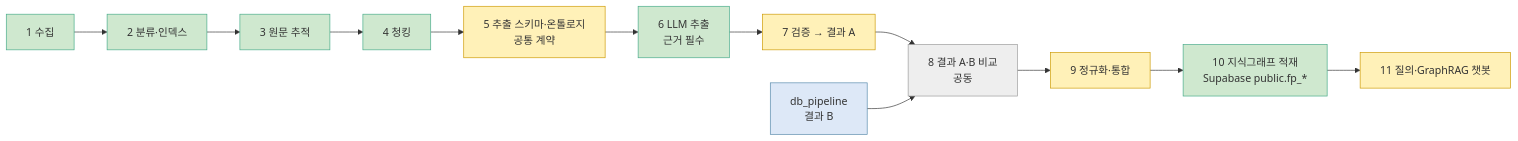
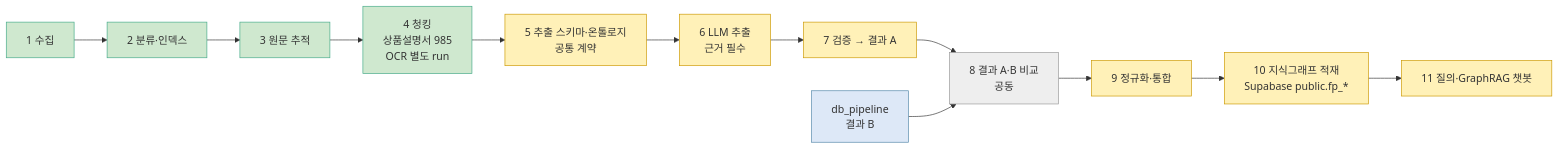
Before and after one commit to encore-ai-campus/mle-02-p2-team3: the second of 3 diagrams in docs/프로젝트-지도.md, drawn with Mermaid. The commit also changed other lines of this file and 2 other files, not shown here.

````diff
--- a/docs/프로젝트-지도.md
+++ b/docs/프로젝트-지도.md
@@ -41,19 +108,19 @@
 ```mermaid
 flowchart LR
-    A[1 수집] --> B[2 분류·인덱스] --> C[3 원문 추적] --> D[4 청킹]
+    A[1 수집] --> B[2 분류·인덱스] --> C[3 원문 추적] --> D[4 청킹<br/>상품설명서 985<br/>OCR 별도 run]
     D --> O[5 추출 스키마·온톨로지<br/>공통 계약]
     O --> E[6 LLM 추출<br/>근거 필수]
     E --> F[7 검증 → 결과 A]
     F --> CMP[8 결과 A·B 비교<br/>공동]
     DBP[db_pipeline<br/>결과 B]:::other --> CMP
     CMP --> N[9 정규화·통합]
     N --> KG[10 지식그래프 적재<br/>Supabase public.fp_*]
     KG --> Q[11 질의·GraphRAG 챗봇]
     classDef done fill:#cfe8cf,stroke:#4a8
     classDef doing fill:#fff1b8,stroke:#c90
     classDef todo fill:#eee,stroke:#999
     classDef other fill:#dde8f7,stroke:#58a
-    class A,B,C,D,E,KG done
-    class O,F,N,Q doing
+    class A,B,C,D done
+    class O,E,F,N,KG,Q doing
     class CMP todo
 ```
````
